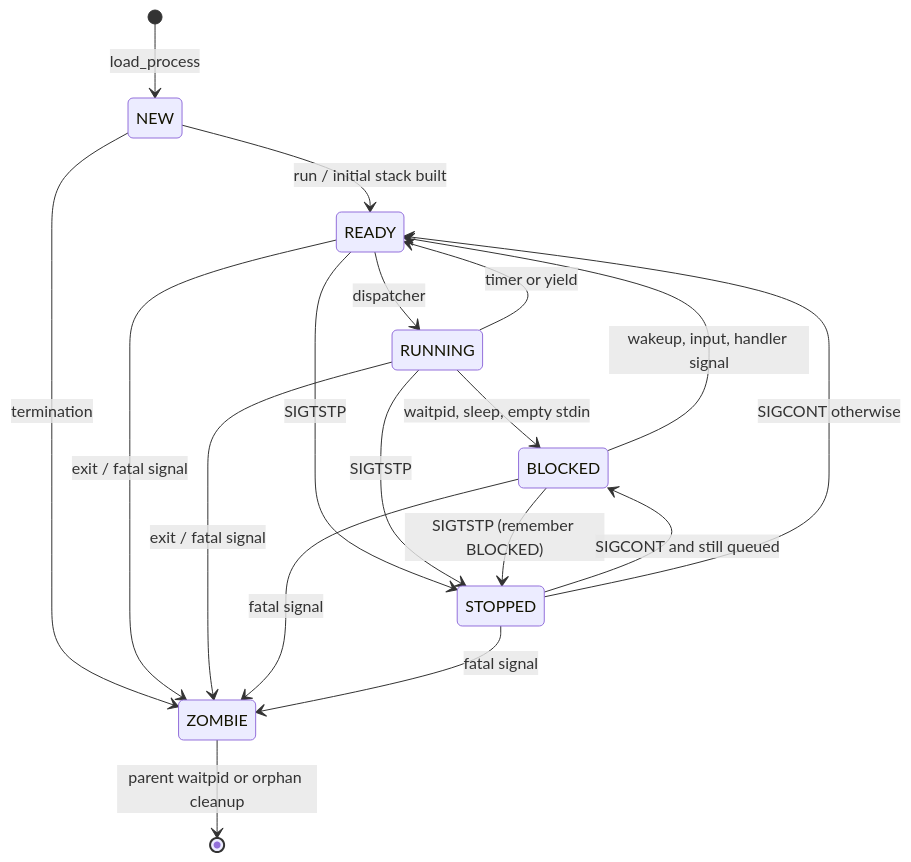
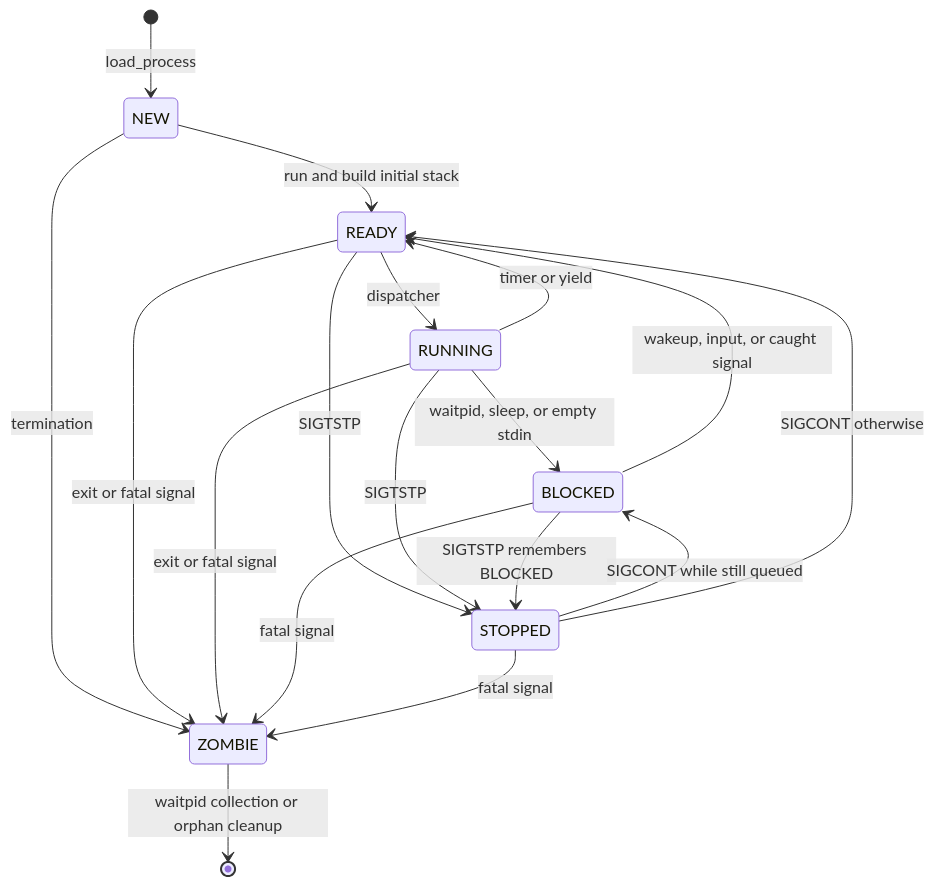
Before and after one commit to matthejue/Pico-OS: the eighth of 24 diagrams in README.md, drawn with Mermaid. The commit also changed other lines of this file and 19 other files, not shown here.

````diff
--- a/README.md
+++ b/README.md
@@ -1544,20 +1219,20 @@
 ```mermaid
 stateDiagram-v2
     [*] --> NEW: load_process
-    NEW --> READY: run / initial stack built
+    NEW --> READY: run and build initial stack
     READY --> RUNNING: dispatcher
     RUNNING --> READY: timer or yield
-    RUNNING --> BLOCKED: waitpid, sleep, empty stdin
-    BLOCKED --> READY: wakeup, input, handler signal
+    RUNNING --> BLOCKED: waitpid, sleep, or empty stdin
+    BLOCKED --> READY: wakeup, input, or caught signal
     READY --> STOPPED: SIGTSTP
     RUNNING --> STOPPED: SIGTSTP
-    BLOCKED --> STOPPED: SIGTSTP (remember BLOCKED)
-    STOPPED --> BLOCKED: SIGCONT and still queued
+    BLOCKED --> STOPPED: SIGTSTP remembers BLOCKED
+    STOPPED --> BLOCKED: SIGCONT while still queued
     STOPPED --> READY: SIGCONT otherwise
     NEW --> ZOMBIE: termination
-    READY --> ZOMBIE: exit / fatal signal
-    RUNNING --> ZOMBIE: exit / fatal signal
+    READY --> ZOMBIE: exit or fatal signal
+    RUNNING --> ZOMBIE: exit or fatal signal
     BLOCKED --> ZOMBIE: fatal signal
     STOPPED --> ZOMBIE: fatal signal
-    ZOMBIE --> [*]: parent waitpid or orphan cleanup
+    ZOMBIE --> [*]: waitpid collection or orphan cleanup
 ```
````
